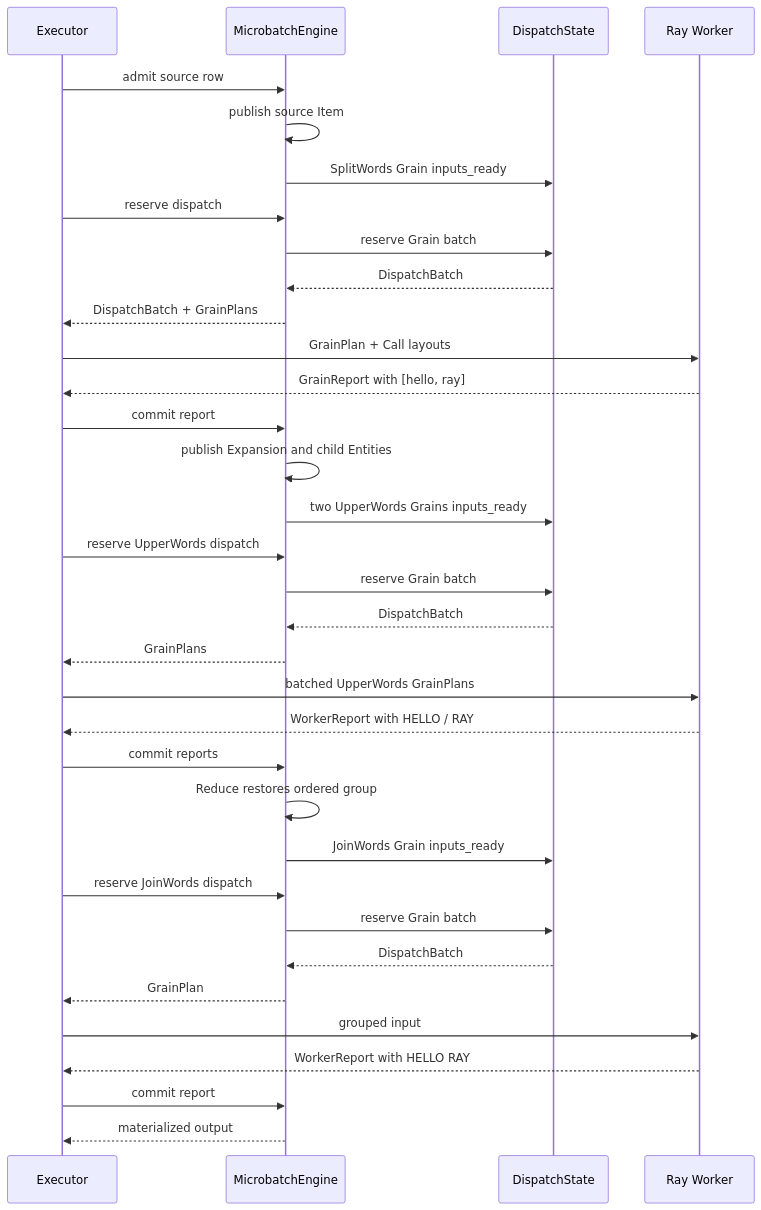
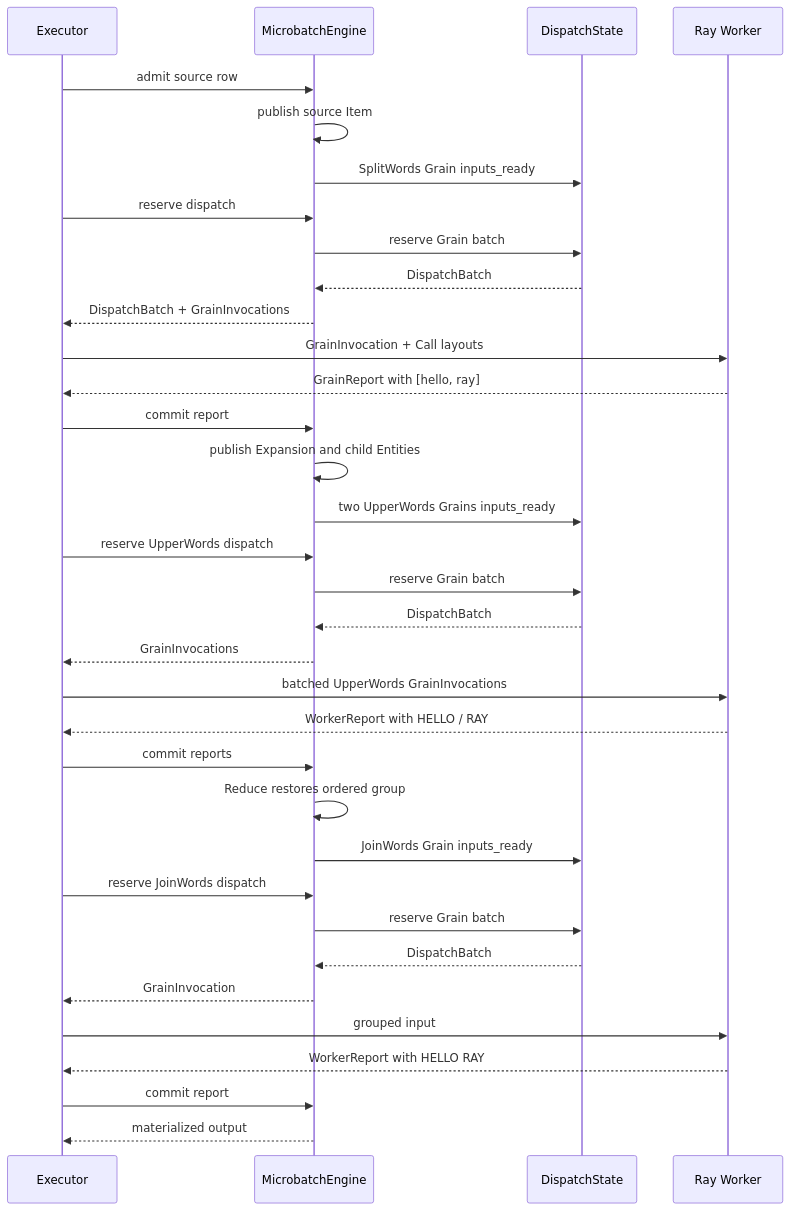
Diagram 17 of 24 in docs/multigrain_v3_6_getting_started.md (OpenDCAI/RayOrch), drawn with Mermaid before and after one commit. The commit also changed other lines of this file and 31 other files, not shown here.

Commit message:
docs(v3.6): publish bilingual architecture guides

````diff
--- a/docs/multigrain_v3_6_getting_started.md
+++ b/docs/multigrain_v3_6_getting_started.md
@@ -1170,37 +1627,37 @@
 ```mermaid
 sequenceDiagram
     participant X as Executor
     participant E as MicrobatchEngine
     participant D as DispatchState
     participant W as Ray Worker
 
     X->>E: admit source row
     E->>E: publish source Item
     E->>D: SplitWords Grain inputs_ready
     X->>E: reserve dispatch
     E->>D: reserve Grain batch
     D-->>E: DispatchBatch
-    E-->>X: DispatchBatch + GrainPlans
-    X->>W: GrainPlan + Call layouts
+    E-->>X: DispatchBatch + GrainInvocations
+    X->>W: GrainInvocation + Call layouts
     W-->>X: GrainReport with [hello, ray]
     X->>E: commit report
     E->>E: publish Expansion and child Entities
     E->>D: two UpperWords Grains inputs_ready
     X->>E: reserve UpperWords dispatch
     E->>D: reserve Grain batch
     D-->>E: DispatchBatch
-    E-->>X: GrainPlans
-    X->>W: batched UpperWords GrainPlans
+    E-->>X: GrainInvocations
+    X->>W: batched UpperWords GrainInvocations
     W-->>X: WorkerReport with HELLO / RAY
     X->>E: commit reports
     E->>E: Reduce restores ordered group
     E->>D: JoinWords Grain inputs_ready
     X->>E: reserve JoinWords dispatch
     E->>D: reserve Grain batch
     D-->>E: DispatchBatch
-    E-->>X: GrainPlan
+    E-->>X: GrainInvocation
     X->>W: grouped input
     W-->>X: WorkerReport with HELLO RAY
     X->>E: commit report
     E-->>X: materialized output
 ```
````
